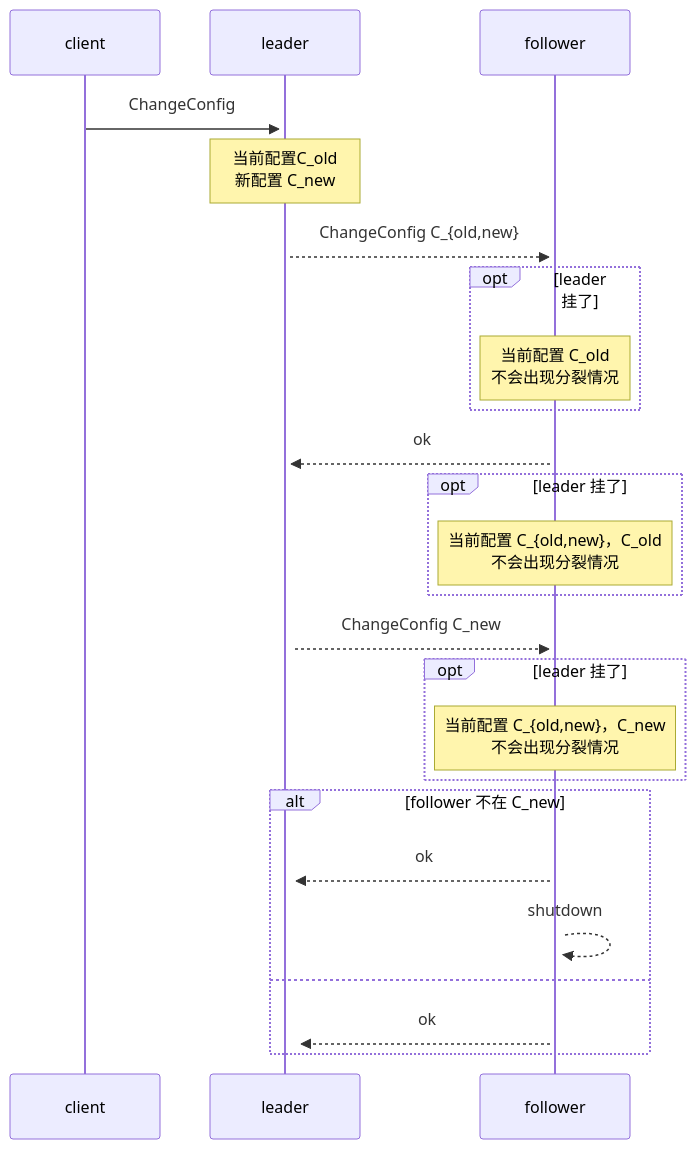
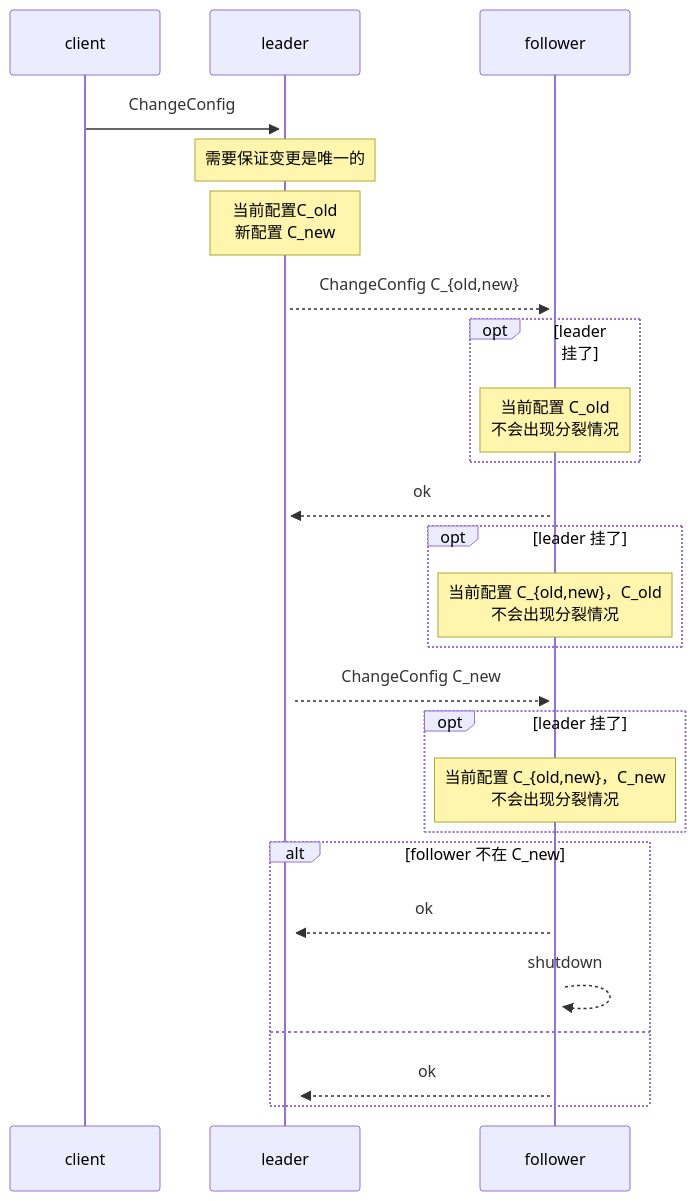
The diagram in _posts/mmd/raft-Joint-Consensus.mmd (wanghenshui/wanghenshui.github.io), drawn with Mermaid before and after one commit. The commit also changed 4 other files, not shown here.

```diff
--- a/_posts/mmd/raft-Joint-Consensus.mmd
+++ b/_posts/mmd/raft-Joint-Consensus.mmd
@@ -1,21 +1,22 @@
 sequenceDiagram
     client->>+leader: ChangeConfig
+    Note over leader: 需要保证变更是唯一的
     Note over leader: 当前配置C_old<br>新配置 C_new
     leader-->>+follower: ChangeConfig C_{old,new}
     opt leader 挂了
         Note over follower: 当前配置 C_old <br>不会出现分裂情况
     end
     follower-->>+leader: ok
     opt leader 挂了
         Note over follower: 当前配置 C_{old,new}，C_old <br>不会出现分裂情况
     end
     leader-->>+follower: ChangeConfig C_new
     opt leader 挂了
         Note over follower: 当前配置 C_{old,new}，C_new <br>不会出现分裂情况
     end
     alt follower 不在 C_new
         follower-->>+leader: ok
         follower-->>+follower: shutdown
     else 
         follower-->>+leader: ok
     end
```
